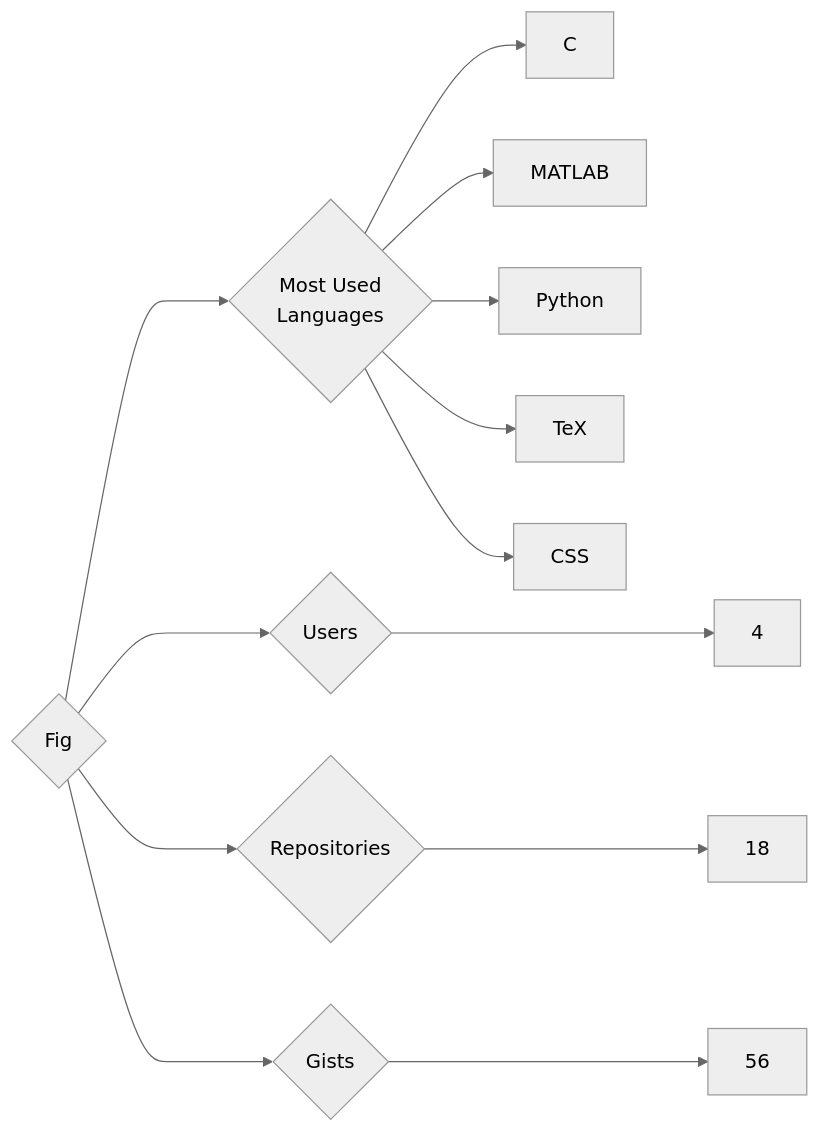
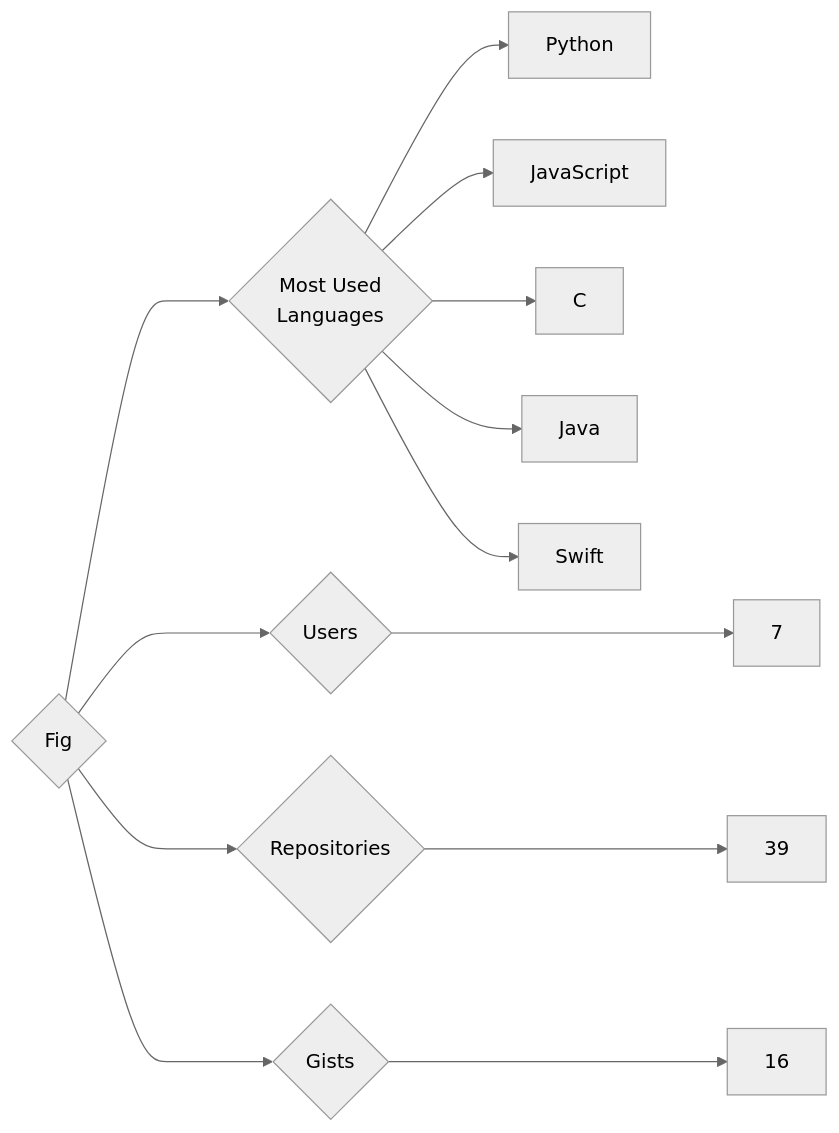
The diagram in targets/Fig/README.md (trickest/insiders), drawn with Mermaid (neutral theme) before and after one commit. The commit also changed 715 other files, not shown here.

````diff
--- a/targets/Fig/README.md
+++ b/targets/Fig/README.md
@@ -3,13 +3,13 @@
 ```mermaid
 graph LR
 COMPANY_NAME{Fig}
-COMPANY_NAME ---> U{Users} ---> UN[4]
-COMPANY_NAME ---> R{Repositories} ---> RN[18]
-COMPANY_NAME ---> G{Gists} ---> GN[56]
+COMPANY_NAME ---> U{Users} ---> UN[7]
+COMPANY_NAME ---> R{Repositories} ---> RN[39]
+COMPANY_NAME ---> G{Gists} ---> GN[16]
 COMPANY_NAME ---> ML{Most Used<br>Languages}
+ML --> Python[Python]
+ML --> JavaScript[JavaScript]
 ML --> C[C]
-ML --> MATLAB[MATLAB]
-ML --> Python[Python]
-ML --> TeX[TeX]
-ML --> CSS[CSS]
+ML --> Java[Java]
+ML --> Swift[Swift]
 ```
````
